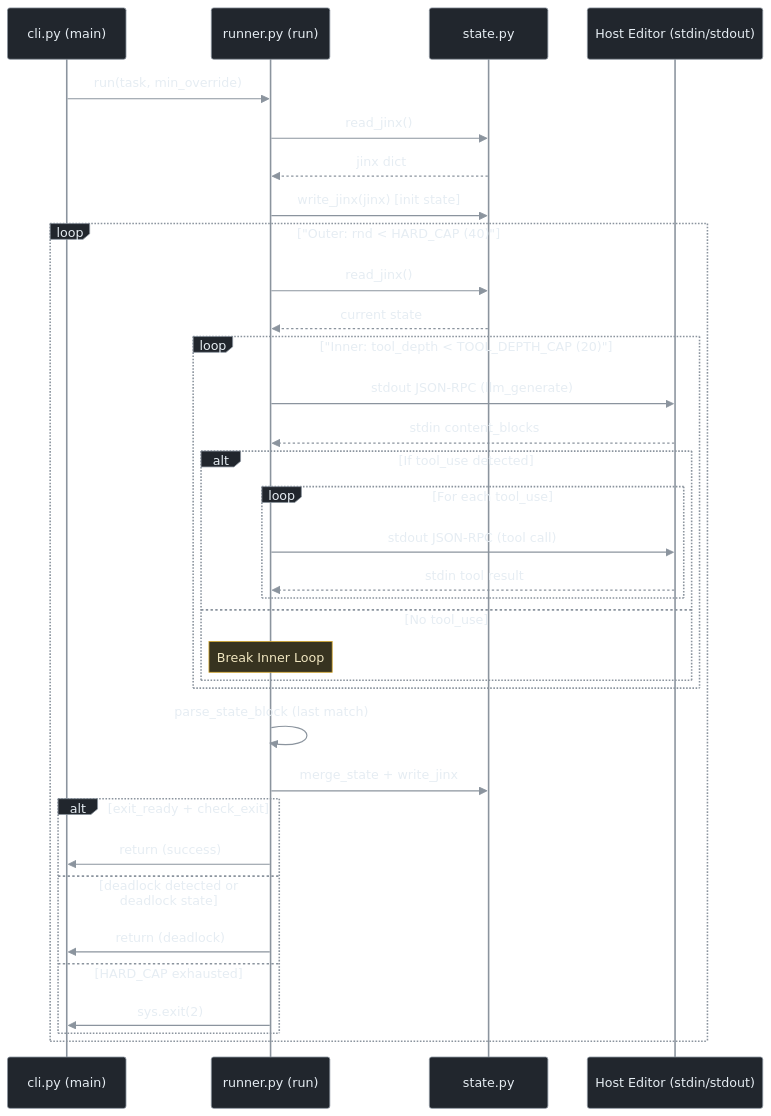
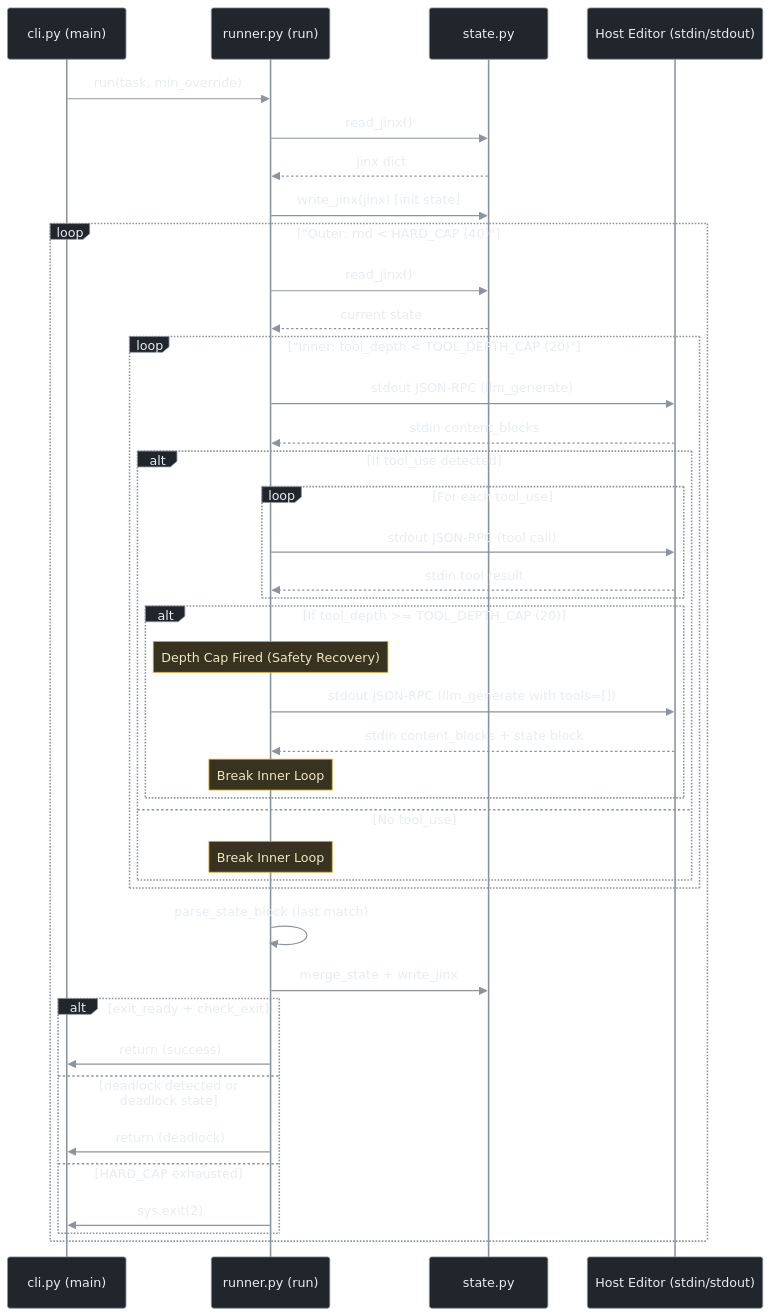
One commit to machinegpt/agent changed the third of 3 diagrams in README.md. Above: the diagram before and after it, drawn with Mermaid. The commit also changed other lines of this file and 5 other files, not shown here.

````diff
--- a/README.md
+++ b/README.md
@@ -226,41 +226,47 @@
 ```mermaid
 %%{init: {'theme': 'base', 'themeVariables': {"darkMode": true, "background": "#0d1117", "primaryColor": "#21262d", "primaryTextColor": "#e6edf3", "primaryBorderColor": "#8b949e", "lineColor": "#8b949e", "textColor": "#e6edf3", "edgeLabelBackground": "#161b22", "actorBkg": "#21262d", "actorBorder": "#8b949e", "actorTextColor": "#e6edf3", "actorLineColor": "#8b949e", "signalColor": "#8b949e", "signalTextColor": "#e6edf3", "noteBkgColor": "#373320", "noteBorderColor": "#d4a72c", "noteTextColor": "#f0e6c0", "labelBoxBkgColor": "#21262d", "labelBoxBorderColor": "#8b949e", "labelTextColor": "#e6edf3", "loopTextColor": "#e6edf3", "activationBkgColor": "#30363d", "activationBorderColor": "#8b949e"}}}%%
 sequenceDiagram
     participant CLI as cli.py (main)
     participant Runner as runner.py (run)
     participant State as state.py
     participant Host as Host Editor (stdin/stdout)
 
     CLI->>Runner: run(task, min_override)
     Runner->>State: read_jinx()
     State-->>Runner: jinx dict
     Runner->>State: write_jinx(jinx) [init state]
 
     loop "Outer: rnd < HARD_CAP (40)"
         Runner->>State: read_jinx()
         State-->>Runner: current state
 
         loop "Inner: tool_depth < TOOL_DEPTH_CAP (20)"
             Runner->>Host: stdout JSON-RPC (llm_generate)
             Host-->>Runner: stdin content_blocks
             alt If tool_use detected
                 loop For each tool_use
                     Runner->>Host: stdout JSON-RPC (tool call)
                     Host-->>Runner: stdin tool result
                 end
+                alt If tool_depth >= TOOL_DEPTH_CAP (20)
+                    Note over Runner: Depth Cap Fired (Safety Recovery)
+                    Runner->>Host: stdout JSON-RPC (llm_generate with tools=[])
+                    Host-->>Runner: stdin content_blocks + state block
+                    Note over Runner: Break Inner Loop
+                end
             else No tool_use
                 Note over Runner: Break Inner Loop
             end
         end
 
         Runner->>Runner: parse_state_block (last match)
         Runner->>State: merge_state + write_jinx
         alt exit_ready + check_exit
             Runner->>CLI: return (success)
         else deadlock detected or deadlock state
             Runner->>CLI: return (deadlock)
         else HARD_CAP exhausted
             Runner->>CLI: sys.exit(2)
         end
     end
 ```
````
